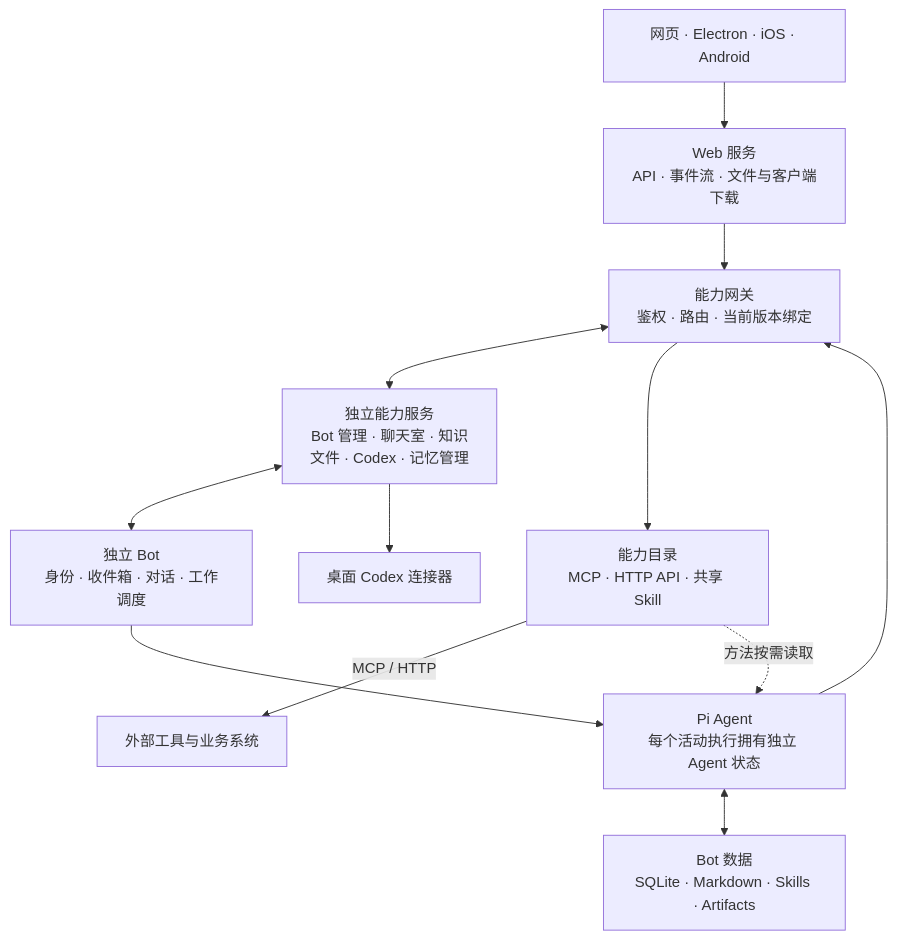
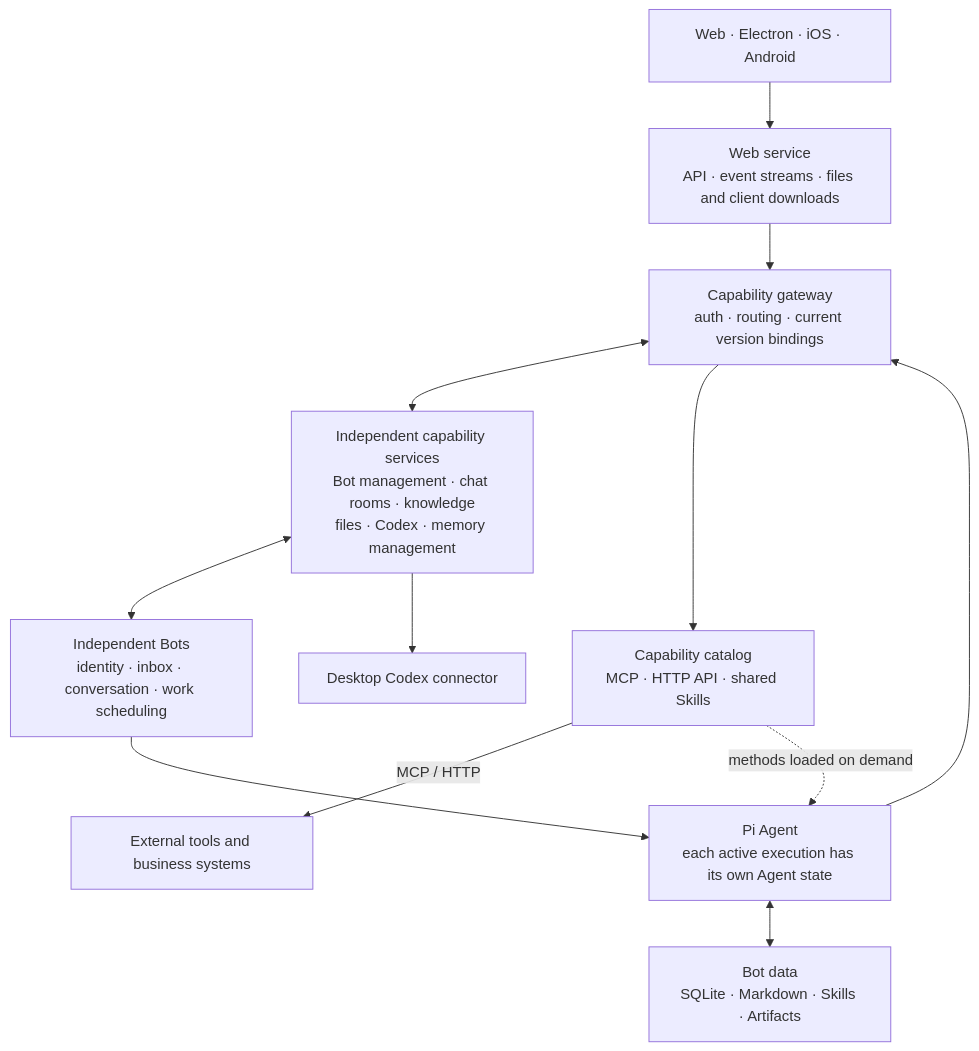
Before and after one commit to buyun00/Summon-Bot: the diagram in README.md, drawn with Mermaid. The commit also changed other lines of this file and 1 other file, not shown here.

Commit message:
Make the README English by default and add a Chinese version

````diff
--- a/README.md
+++ b/README.md
@@ -94,14 +96,14 @@
 ```mermaid
 flowchart TB
-  Clients["网页 · Electron · iOS · Android"] --> Web["Web 服务<br/>API · 事件流 · 文件与客户端下载"]
-  Web --> Gateway["能力网关<br/>鉴权 · 路由 · 当前版本绑定"]
-  Gateway <--> Services["独立能力服务<br/>Bot 管理 · 聊天室 · 知识<br/>文件 · Codex · 记忆管理"]
-  Services <--> Bot["独立 Bot<br/>身份 · 收件箱 · 对话 · 工作调度"]
-  Bot --> Agent["Pi Agent<br/>每个活动执行拥有独立 Agent 状态"]
+  Clients["Web · Electron · iOS · Android"] --> Web["Web service<br/>API · event streams · files and client downloads"]
+  Web --> Gateway["Capability gateway<br/>auth · routing · current version bindings"]
+  Gateway <--> Services["Independent capability services<br/>Bot management · chat rooms · knowledge<br/>files · Codex · memory management"]
+  Services <--> Bot["Independent Bots<br/>identity · inbox · conversation · work scheduling"]
+  Bot --> Agent["Pi Agent<br/>each active execution has its own Agent state"]
   Agent --> Gateway
-  Agent <--> Data["Bot 数据<br/>SQLite · Markdown · Skills · Artifacts"]
-  Gateway --> Catalog["能力目录<br/>MCP · HTTP API · 共享 Skill"]
-  Catalog -->|MCP / HTTP| External["外部工具与业务系统"]
-  Catalog -. 方法按需读取 .-> Agent
-  Services --> Codex["桌面 Codex 连接器"]
+  Agent <--> Data["Bot data<br/>SQLite · Markdown · Skills · Artifacts"]
+  Gateway --> Catalog["Capability catalog<br/>MCP · HTTP API · shared Skills"]
+  Catalog -->|MCP / HTTP| External["External tools and business systems"]
+  Catalog -. methods loaded on demand .-> Agent
+  Services --> Codex["Desktop Codex connector"]
 ```
````
